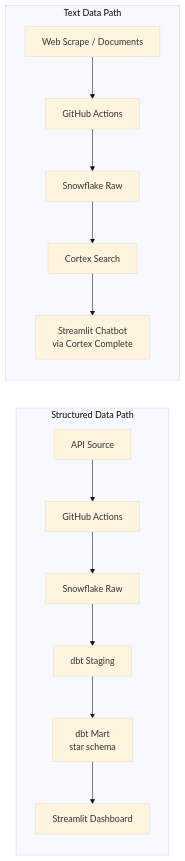
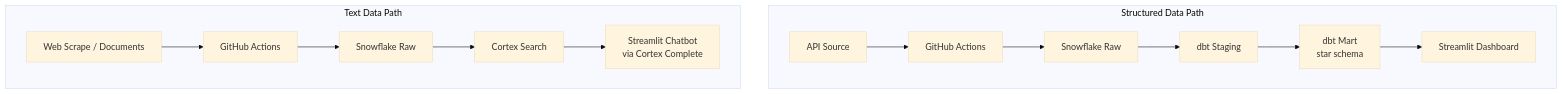
Before and after one commit to LMU-ISBA/isba-4715-f26: the diagram in project/README.md, drawn with Mermaid (base theme). The commit also changed other lines of this file, not shown here.

Commit message:
Add due times to all milestones, update Mermaid diagram to top-down

````diff
--- a/project/README.md
+++ b/project/README.md
@@ -20,10 +20,10 @@
 ```mermaid
-graph LR
+graph TD
     subgraph Structured Data Path
         A[API Source] --> B[GitHub Actions] --> C[Snowflake Raw] --> D[dbt Staging] --> E[dbt Mart\nstar schema] --> F[Streamlit Dashboard]
     end
 
     subgraph Text Data Path
         G[Web Scrape / Documents] --> H[GitHub Actions] --> I[Snowflake Raw] --> J[Cortex Search] --> K[Streamlit Chatbot\nvia Cortex Complete]
     end
 ```
````
